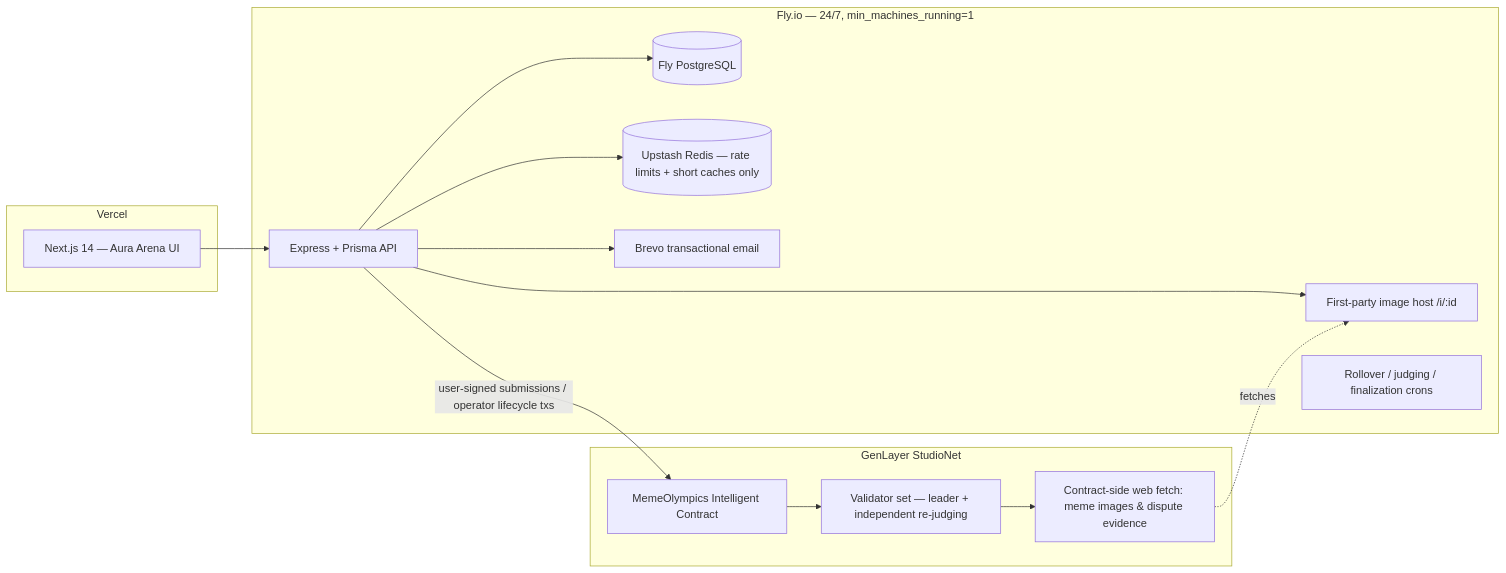
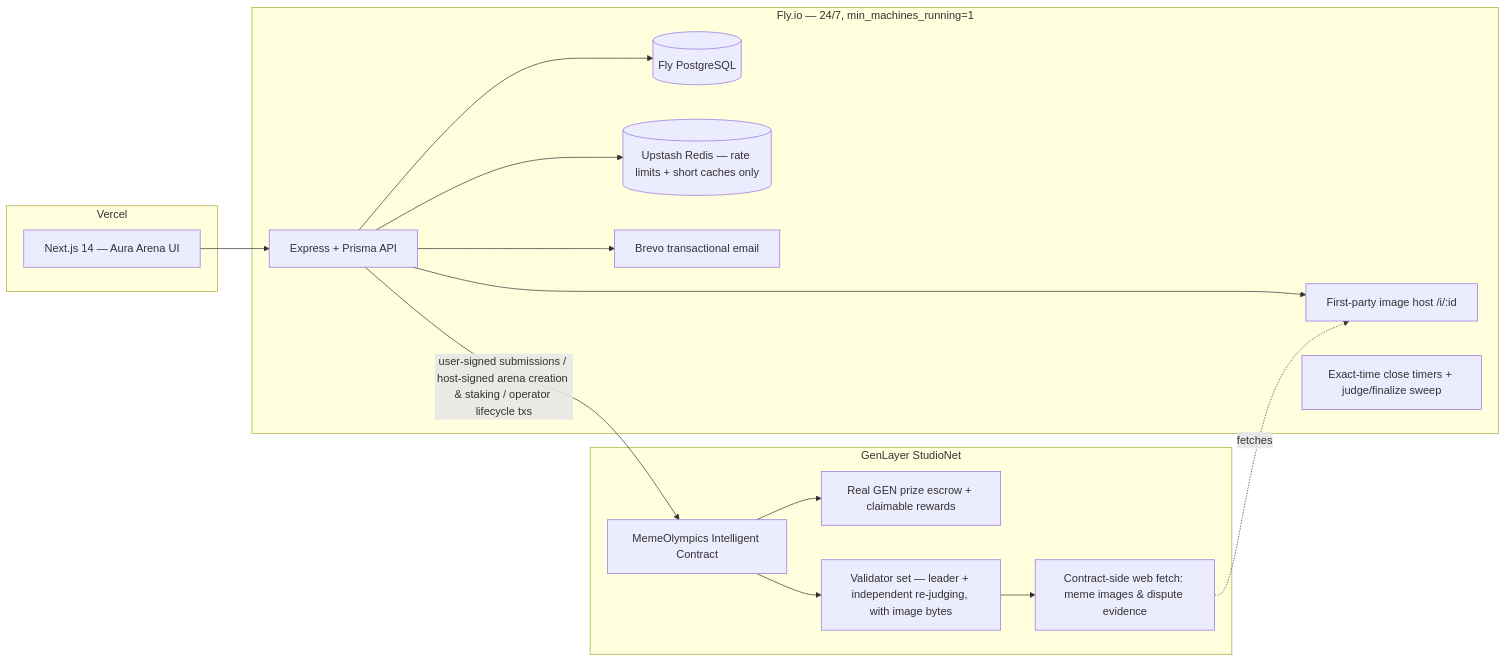
Before and after one commit to zoefunds/Meme-olympics: the first of 2 diagrams in README.md, drawn with Mermaid. The commit also changed other lines of this file and 3 other files, not shown here.

Commit message:
Update README and project memory to match current production state: real GEN staking/rewards, vision-based judging, 1-submission-per-arena cap, exact-time deadline scheduling with a decoupled close/judge sweep, arena browsing, and the current live contract address.

````diff
--- a/README.md
+++ b/README.md
@@ -34,25 +38,27 @@
 ```mermaid
 flowchart LR
   subgraph Client [Vercel]
     FE[Next.js 14 — Aura Arena UI]
   end
   subgraph API [Fly.io — 24/7, min_machines_running=1]
     BE[Express + Prisma API]
     IMG[First-party image host /i/:id]
-    CRON[Rollover / judging / finalization crons]
+    SCHED[Exact-time close timers + judge/finalize sweep]
     PG[(Fly PostgreSQL)]
     RD[(Upstash Redis — rate limits + short caches only)]
     BREVO[Brevo transactional email]
   end
   subgraph Chain [GenLayer StudioNet]
     IC[MemeOlympics Intelligent Contract]
-    VAL[Validator set — leader + independent re-judging]
+    ESCROW[Real GEN prize escrow + claimable rewards]
+    VAL[Validator set — leader + independent re-judging, with image bytes]
     WEB[Contract-side web fetch: meme images & dispute evidence]
   end
   FE --> BE
   BE --> PG & RD & BREVO
   BE --> IMG
-  BE -- user-signed submissions / operator lifecycle txs --> IC
+  BE -- user-signed submissions / host-signed arena creation & staking / operator lifecycle txs --> IC
+  IC --> ESCROW
   IC --> VAL --> WEB
   WEB -.fetches.-> IMG
 ```
````
